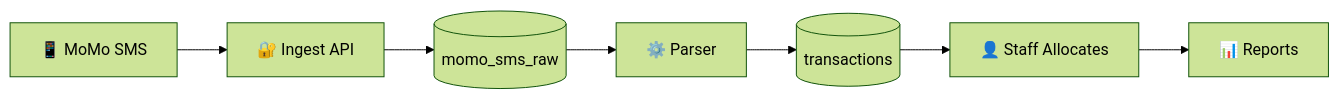
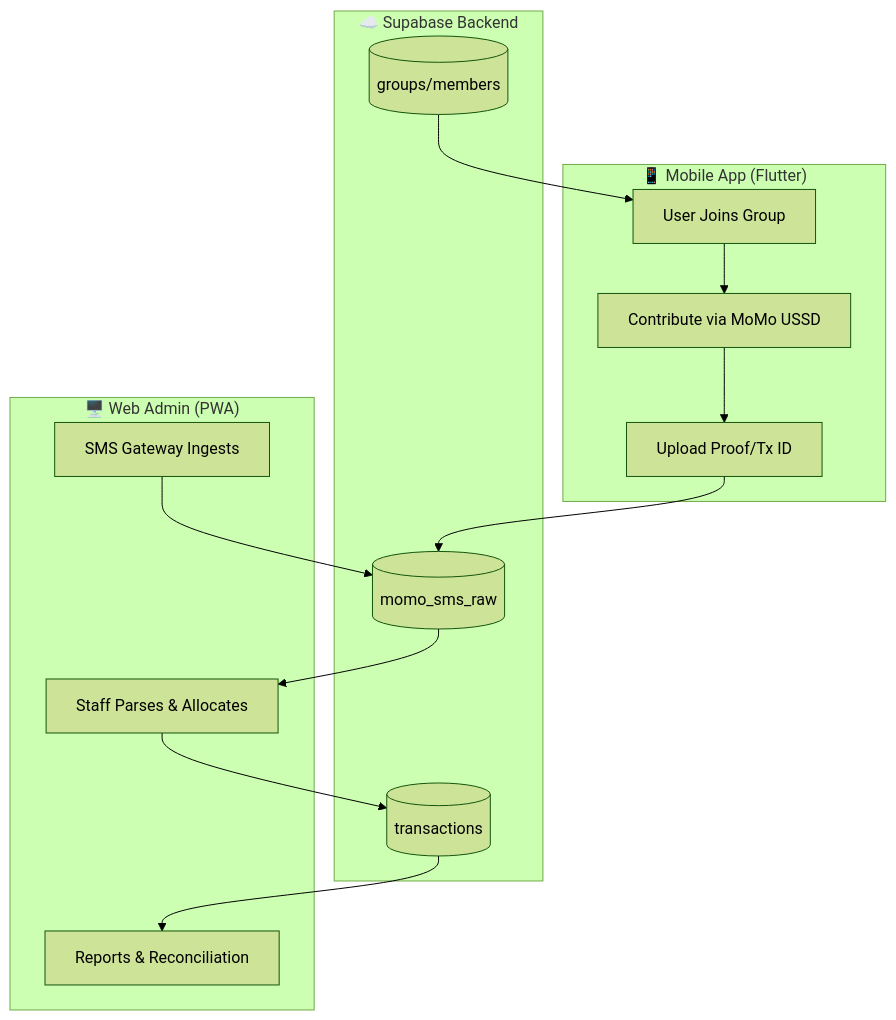
Before and after one commit to ikanisa/ibimina_gemini: the first of 3 diagrams in README.md, drawn with Mermaid (forest theme). The commit also changed other lines of this file and 51 other files, not shown here.

First line of the commit message:
feat: UI polish, auth flow fixes, contribution limit migration

````diff
--- a/README.md
+++ b/README.md
@@ -25,9 +32,23 @@
 ```mermaid
-flowchart LR
-    A[📱 MoMo SMS] --> B[🔐 Ingest API]
-    B --> C[(momo_sms_raw)]
-    C --> D[⚙️ Parser]
-    D --> E[(transactions)]
-    E --> F[👤 Staff Allocates]
-    F --> G[📊 Reports]
+flowchart TB
+    subgraph Client["📱 Mobile App (Flutter)"]
+        A[User Joins Group] --> B[Contribute via MoMo USSD]
+        B --> C[Upload Proof/Tx ID]
+    end
+    
+    subgraph Backend["☁️ Supabase Backend"]
+        D[(momo_sms_raw)]
+        E[(transactions)]
+        F[(groups/members)]
+    end
+    
+    subgraph Admin["🖥️ Web Admin (PWA)"]
+        G[SMS Gateway Ingests] --> D
+        D --> H[Staff Parses & Allocates]
+        H --> E
+        E --> I[Reports & Reconciliation]
+    end
+    
+    C --> D
+    F --> A
 ```
````
